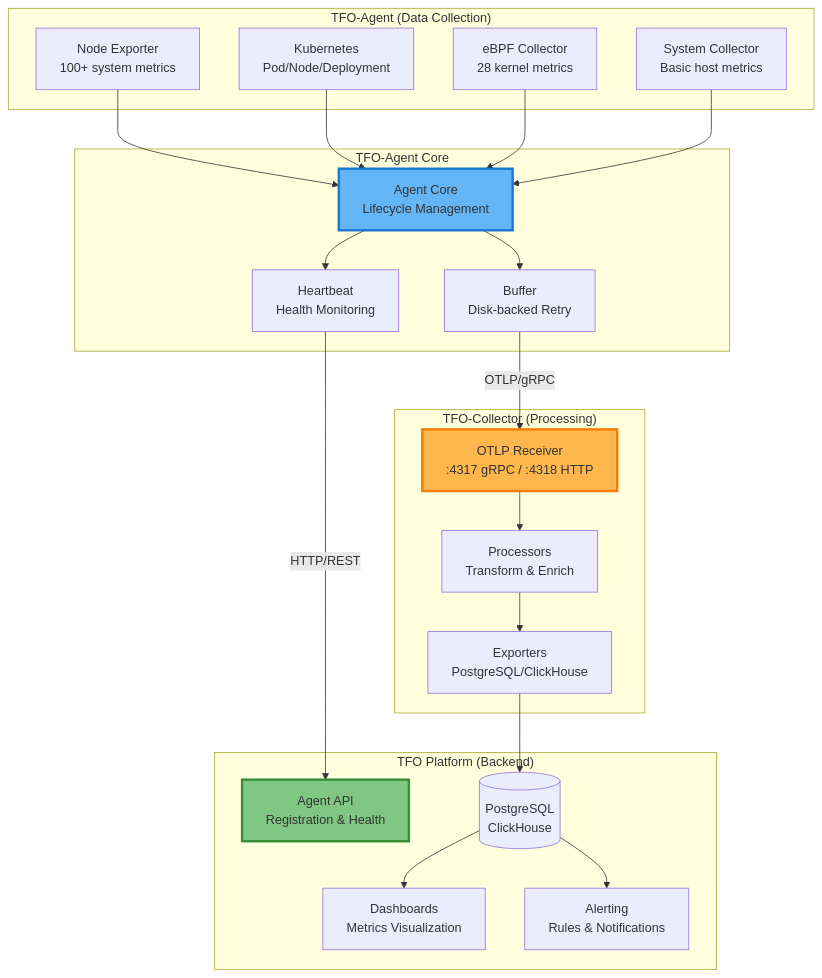
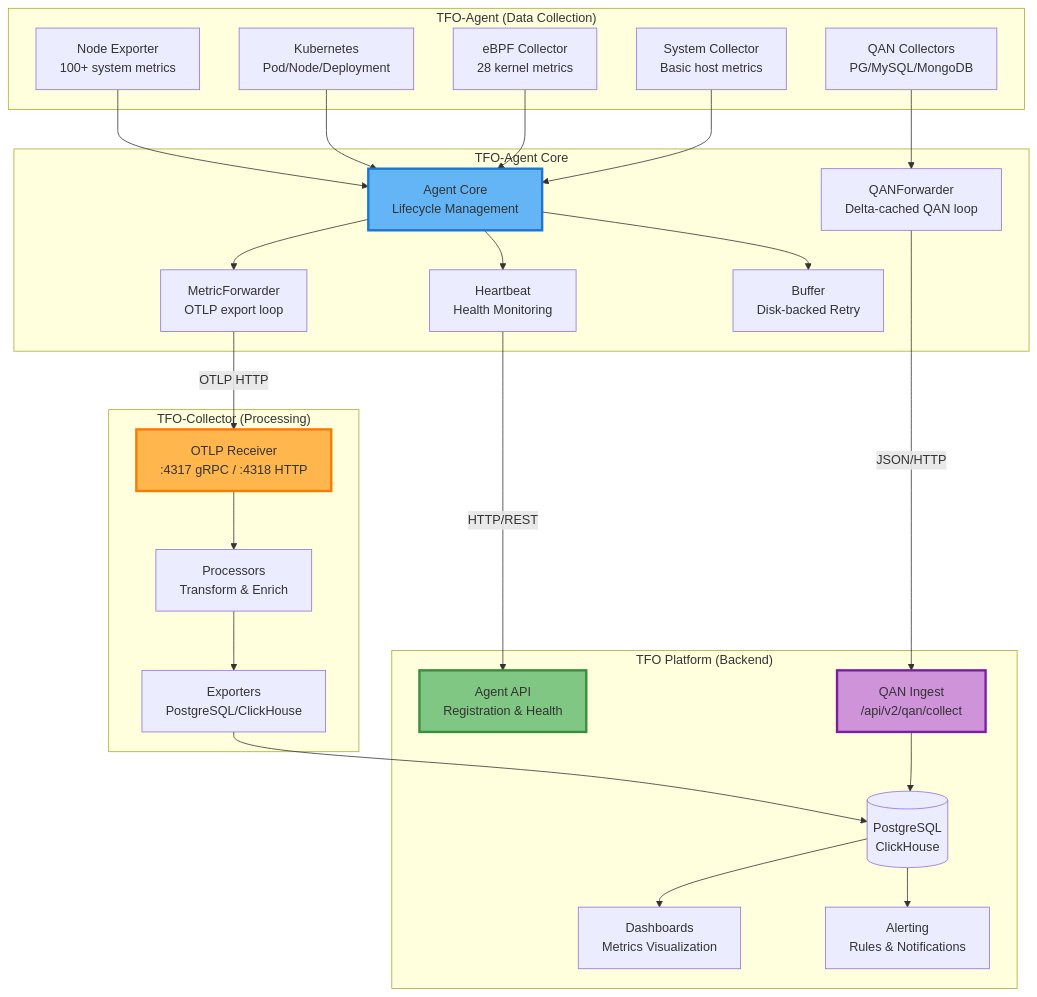
One commit to telemetryflow/telemetryflow-agent changed the first of 3 diagrams in docs/TFO-PLATFORM-INTEGRATION.md. Above: the diagram before and after it, drawn with Mermaid. The commit also changed other lines of this file and 13 other files, not shown here.

````diff
--- a/docs/TFO-PLATFORM-INTEGRATION.md
+++ b/docs/TFO-PLATFORM-INTEGRATION.md
@@ -7,50 +7,59 @@
 ```mermaid
 graph TB
     subgraph "TFO-Agent (Data Collection)"
         NE[Node Exporter<br/>100+ system metrics]
         K8S[Kubernetes<br/>Pod/Node/Deployment]
         EBPF[eBPF Collector<br/>28 kernel metrics]
         SYS[System Collector<br/>Basic host metrics]
+        QAN[QAN Collectors<br/>PG/MySQL/MongoDB]
     end
 
     subgraph "TFO-Agent Core"
         AGENT[Agent Core<br/>Lifecycle Management]
+        MFWD[MetricForwarder<br/>OTLP export loop]
+        QFWD[QANForwarder<br/>Delta-cached QAN loop]
         HB[Heartbeat<br/>Health Monitoring]
         BUF[Buffer<br/>Disk-backed Retry]
     end
 
     subgraph "TFO-Collector (Processing)"
         OTLP[OTLP Receiver<br/>:4317 gRPC / :4318 HTTP]
         PROC[Processors<br/>Transform & Enrich]
         EXP[Exporters<br/>PostgreSQL/ClickHouse]
     end
 
     subgraph "TFO Platform (Backend)"
         API[Agent API<br/>Registration & Health]
+        QANAPI[QAN Ingest<br/>/api/v2/qan/collect]
         DASH[Dashboards<br/>Metrics Visualization]
         ALERT[Alerting<br/>Rules & Notifications]
         DB[(PostgreSQL<br/>ClickHouse)]
     end
 
     NE --> AGENT
     K8S --> AGENT
     EBPF --> AGENT
     SYS --> AGENT
+    QAN --> QFWD
 
+    AGENT --> MFWD
     AGENT --> BUF
     AGENT --> HB
 
-    BUF -->|OTLP/gRPC| OTLP
+    MFWD -->|OTLP HTTP| OTLP
+    QFWD -->|JSON/HTTP| QANAPI
     HB -->|HTTP/REST| API
 
     OTLP --> PROC
     PROC --> EXP
     EXP --> DB
+    QANAPI --> DB
 
     DB --> DASH
     DB --> ALERT
 
     style AGENT fill:#64B5F6,stroke:#1976D2,stroke-width:3px
     style OTLP fill:#FFB74D,stroke:#F57C00,stroke-width:3px
     style API fill:#81C784,stroke:#388E3C,stroke-width:3px
+    style QANAPI fill:#CE93D8,stroke:#7B1FA2,stroke-width:3px
 ```
````
